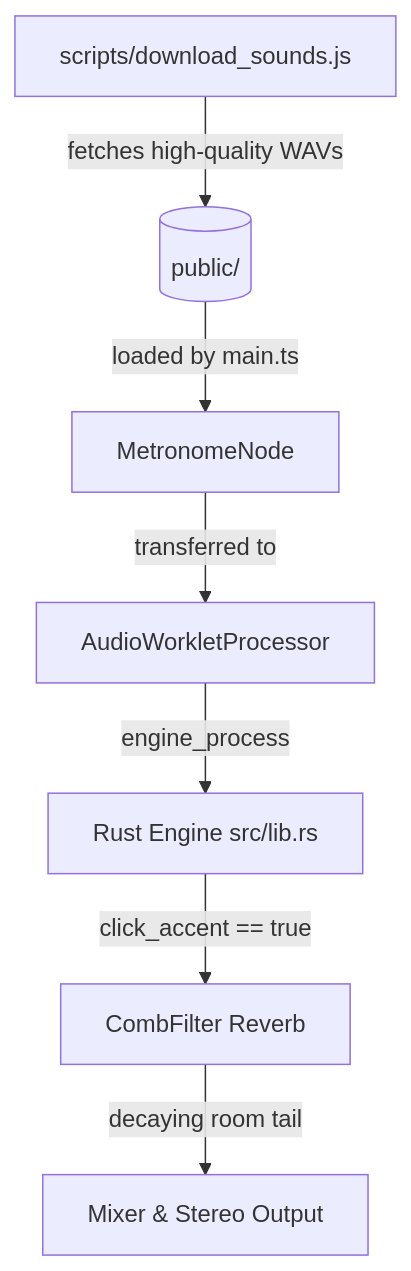
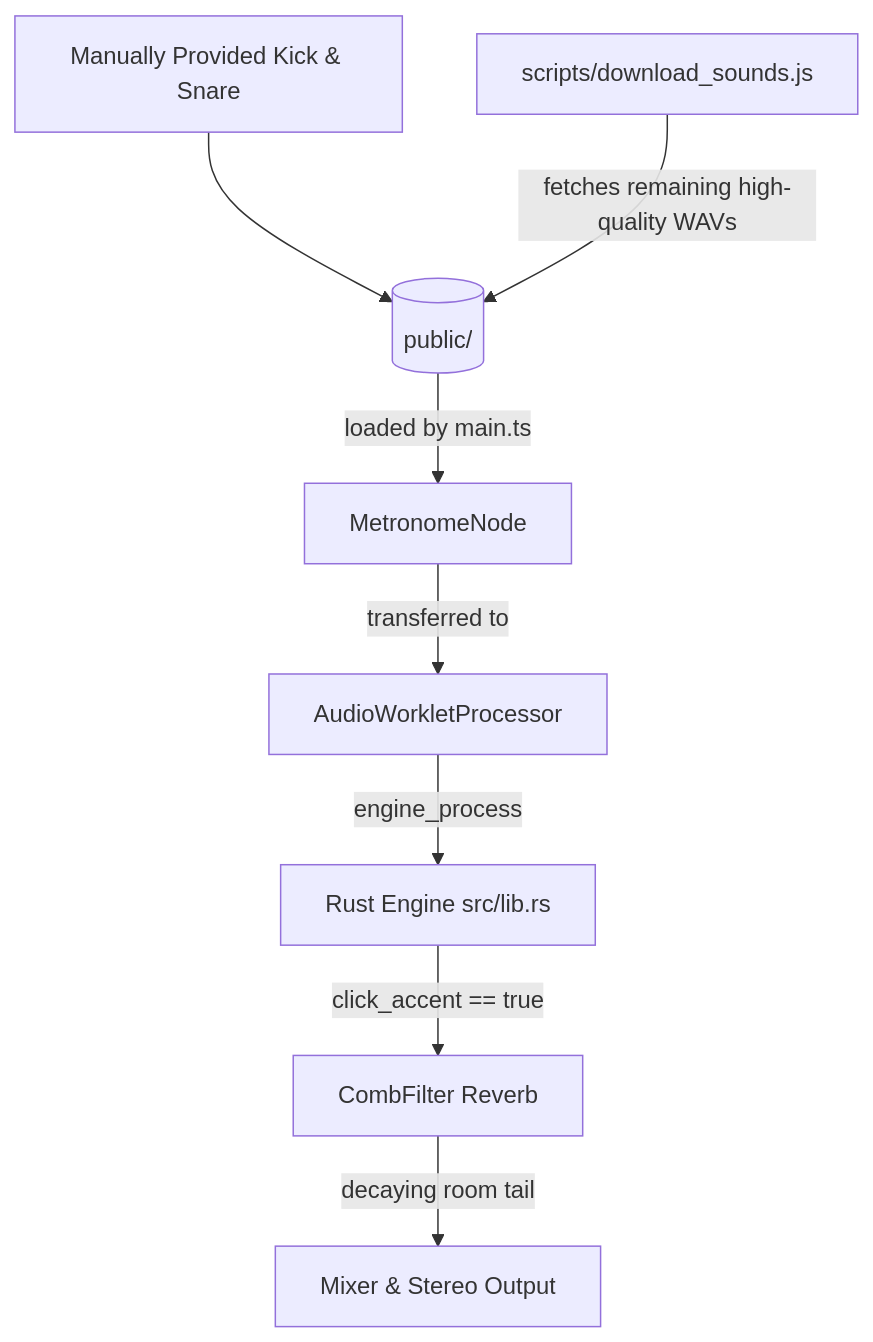
One commit to dmartinsid/MetroRig changed the diagram in docs/superpowers/specs/2026-06-28-snare-sound-and-click-reverb-design.md. Above: the diagram before and after it, drawn with Mermaid. The commit also changed other lines of this file and 2 other files, not shown here.

Commit message:
docs: update design spec with manually replaced kick and snare samples

````diff
--- a/docs/superpowers/specs/2026-06-28-snare-sound-and-click-reverb-design.md
+++ b/docs/superpowers/specs/2026-06-28-snare-sound-and-click-reverb-design.md
@@ -17,9 +18,10 @@
 ```mermaid
 graph TD
-    Script[scripts/download_sounds.js] -->|fetches high-quality WAVs| PubDir[(public/)]
+    UserProv[Manually Provided Kick & Snare] --> PubDir[(public/)]
+    Script[scripts/download_sounds.js] -->|fetches remaining high-quality WAVs| PubDir
     PubDir -->|loaded by main.ts| Node[MetronomeNode]
     Node -->|transferred to| Proc[AudioWorkletProcessor]
     Proc -->|engine_process| Rust[Rust Engine src/lib.rs]
     Rust -->|click_accent == true| Reverb[CombFilter Reverb]
     Reverb -->|decaying room tail| Mixer[Mixer & Stereo Output]
 ```
````
